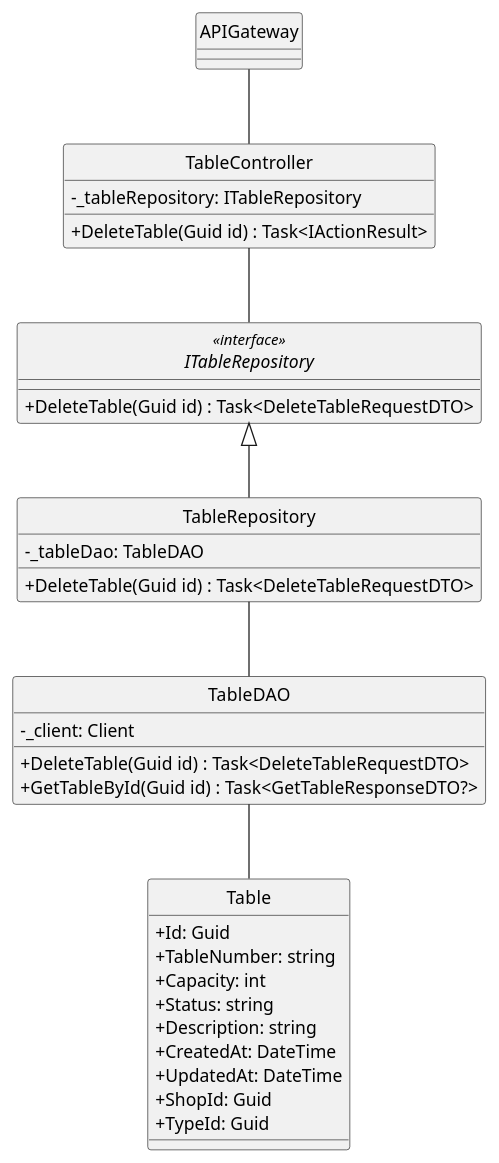
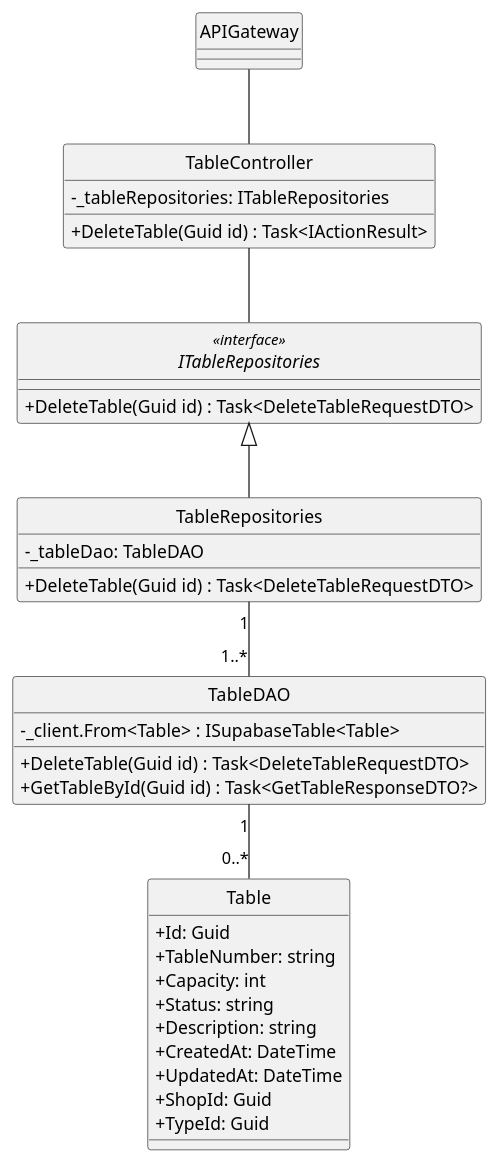
Before and after one commit to minhnhut23/FPT-OBOMS: the diagram in docs/ClassDiagram/Table/DeleteTable.plantuml, drawn with PlantUML. The commit also changed 9 other files, not shown here.

Commit message:
table feature sequence-diagram

```diff
--- a/docs/ClassDiagram/Table/DeleteTable.plantuml
+++ b/docs/ClassDiagram/Table/DeleteTable.plantuml
@@ -1,50 +1,50 @@
 @startuml
 hide circle
 skinparam classAttributeIconSize 0
 skinparam linetype ortho
 
 
 
 class APIGateway {
 }
 class TableController {
-    - _tableRepository: ITableRepository
+    - _tableRepositories: ITableRepositories
     + DeleteTable(Guid id) : Task<IActionResult> 
 }
 
-interface ITableRepository<<interface>> {
+interface ITableRepositories<<interface>> {
     + DeleteTable(Guid id) : Task<DeleteTableRequestDTO> 
 }
 
-class TableRepository {
+class TableRepositories {
     - _tableDao: TableDAO
     + DeleteTable(Guid id) : Task<DeleteTableRequestDTO>
 }
 
 class TableDAO {
-    - _client: Client
+    - _client.From<Table> : ISupabaseTable<Table>
     + DeleteTable(Guid id) : Task<DeleteTableRequestDTO>
     + GetTableById(Guid id) : Task<GetTableResponseDTO?>
 }
 
 
 class Table {
     + Id: Guid
     + TableNumber: string
     + Capacity: int
     + Status: string
     + Description: string
     + CreatedAt: DateTime
     + UpdatedAt: DateTime
     + ShopId: Guid
     + TypeId: Guid
 }
 
 
 APIGateway -- TableController
-TableController -- ITableRepository
-ITableRepository <|-- TableRepository
-TableRepository -- TableDAO
-TableDAO -- Table
+TableController -- ITableRepositories
+ITableRepositories <|-- TableRepositories
+TableRepositories "1"--"1..*" TableDAO
+TableDAO "1"--"0..*" Table
 
 @enduml
```
